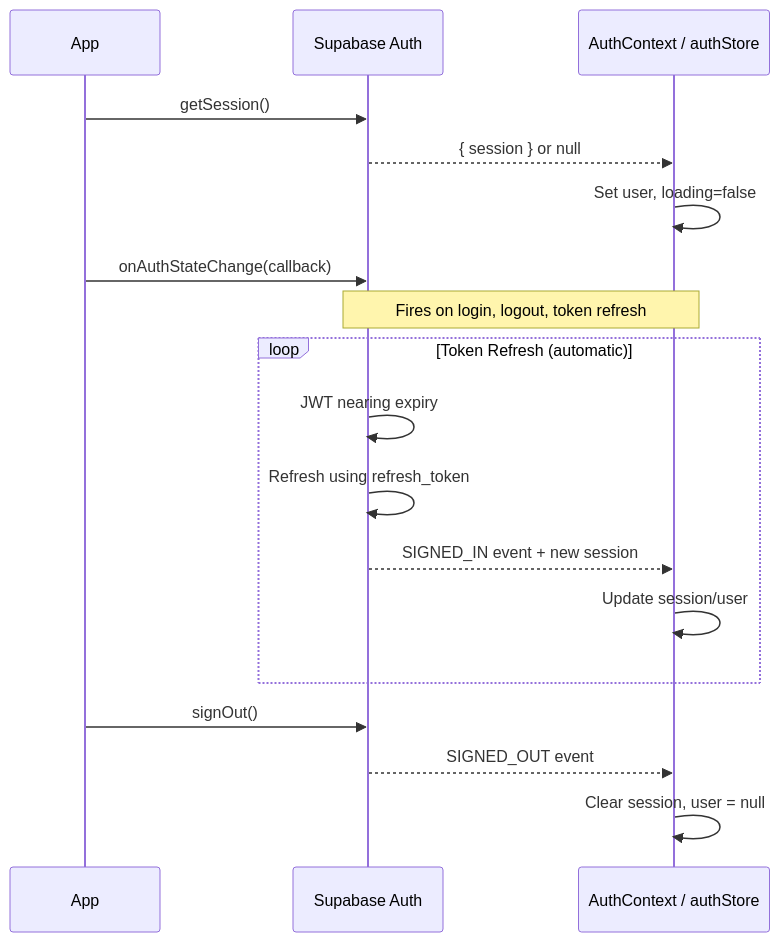
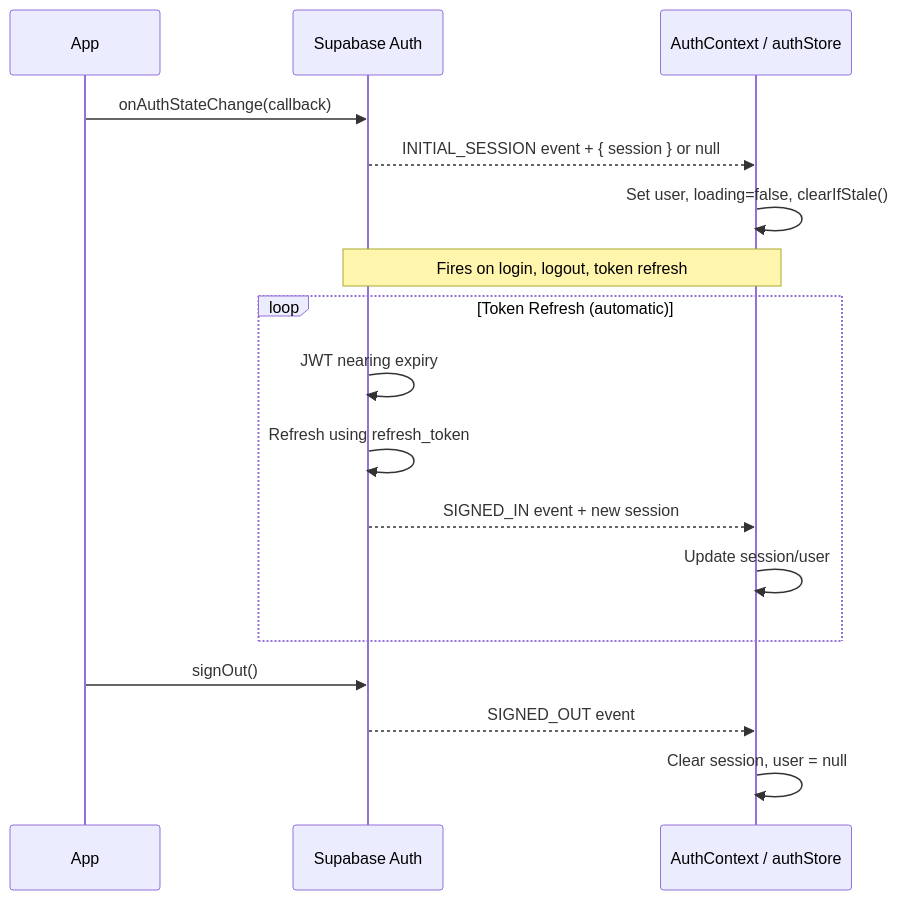
Before and after one commit to ArturKlasa/eatMe_v1.1: the third of 3 diagrams in docs/project/workflows/auth-flow.md, drawn with Mermaid. The commit also changed other lines of this file and 44 other files, not shown here.

First line of the commit message:
feat: auth flow improvements, menu-scan job queue, group candidates open-hours filter

````diff
--- a/docs/project/workflows/auth-flow.md
+++ b/docs/project/workflows/auth-flow.md
@@ -128,24 +142,23 @@
 ```mermaid
 sequenceDiagram
     participant App as App
     participant SA as Supabase Auth
     participant Store as AuthContext / authStore
 
-    App->>SA: getSession()
-    SA-->>Store: { session } or null
-    Store->>Store: Set user, loading=false
+    App->>SA: onAuthStateChange(callback)
+    SA-->>Store: INITIAL_SESSION event + { session } or null
+    Store->>Store: Set user, loading=false, clearIfStale()
 
-    App->>SA: onAuthStateChange(callback)
     Note over SA,Store: Fires on login, logout, token refresh
 
     loop Token Refresh (automatic)
         SA->>SA: JWT nearing expiry
         SA->>SA: Refresh using refresh_token
         SA-->>Store: SIGNED_IN event + new session
         Store->>Store: Update session/user
     end
 
     App->>SA: signOut()
     SA-->>Store: SIGNED_OUT event
     Store->>Store: Clear session, user = null
 ```
````
